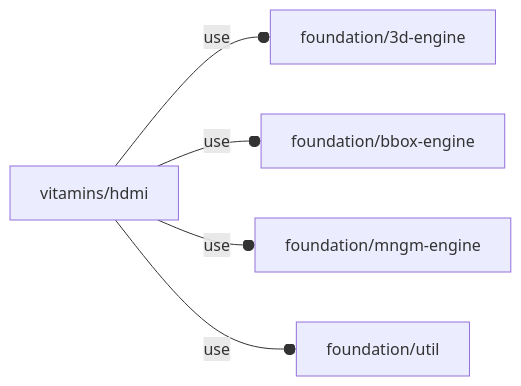
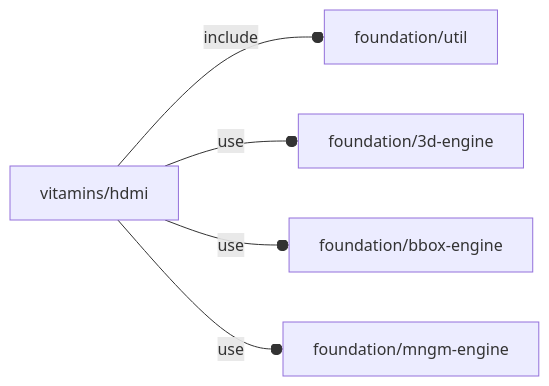
Before and after one commit to ggabbiani/OFL: the diagram in orthodocs/vitamins/hdmi.md, drawn with Mermaid. The commit also changed other lines of this file and 13 other files, not shown here.

````diff
--- a/orthodocs/vitamins/hdmi.md
+++ b/orthodocs/vitamins/hdmi.md
@@ -5,7 +5,7 @@
 ```mermaid
 graph LR
-    A1[vitamins/hdmi] --o|use| A2[foundation/3d-engine]
-    A1 --o|use| A3[foundation/bbox-engine]
-    A1 --o|use| A4[foundation/mngm-engine]
-    A1 --o|use| A5[foundation/util]
+    A1[vitamins/hdmi] --o|include| A2[foundation/util]
+    A1 --o|use| A3[foundation/3d-engine]
+    A1 --o|use| A4[foundation/bbox-engine]
+    A1 --o|use| A5[foundation/mngm-engine]
 ```
````
